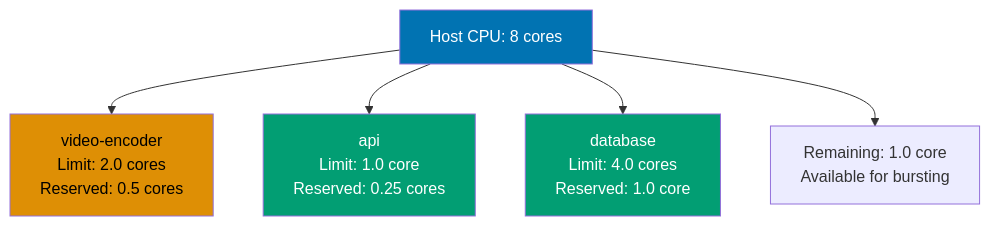
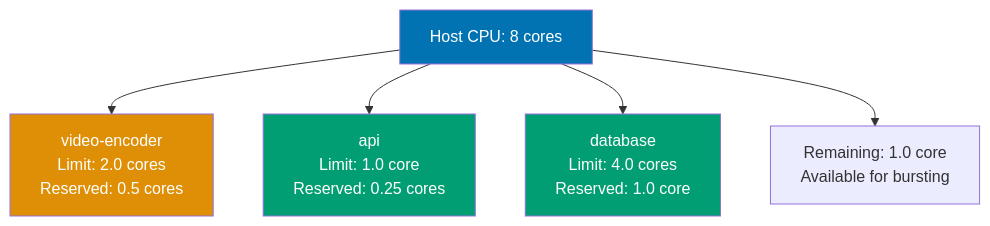
The seventh of 11 diagrams in apps/ayokoding-web/content/en/learn/software-engineering/infrastructure/tools/docker/by-example/intermediate.md (wahidyankf/open-sharia-enterprise), drawn with Mermaid before and after one commit. The commit also changed other lines of this file and 61 other files, not shown here.

First line of the commit message:
fix(ayokoding-web): quote Mermaid node labels with special characters in Example 63

````diff
--- a/apps/ayokoding-web/content/en/learn/software-engineering/infrastructure/tools/docker/by-example/intermediate.md
+++ b/apps/ayokoding-web/content/en/learn/software-engineering/infrastructure/tools/docker/by-example/intermediate.md
@@ -1107,12 +1107,12 @@
 ```mermaid
 graph TD
     A["Host CPU: 8 cores"] --> B["video-encoder<br/>Limit: 2.0 cores<br/>Reserved: 0.5 cores"]
     A --> C["api<br/>Limit: 1.0 core<br/>Reserved: 0.25 cores"]
     A --> D["database<br/>Limit: 4.0 cores<br/>Reserved: 1.0 core"]
     A --> E["Remaining: 1.0 core<br/>Available for bursting"]
 
     style A fill:#0173B2,color:#fff
-    style B fill:#DE8F05,color:#000
+    style B fill:#DE8F05,color:#fff
     style C fill:#029E73,color:#fff
     style D fill:#029E73,color:#fff
 ```
````
